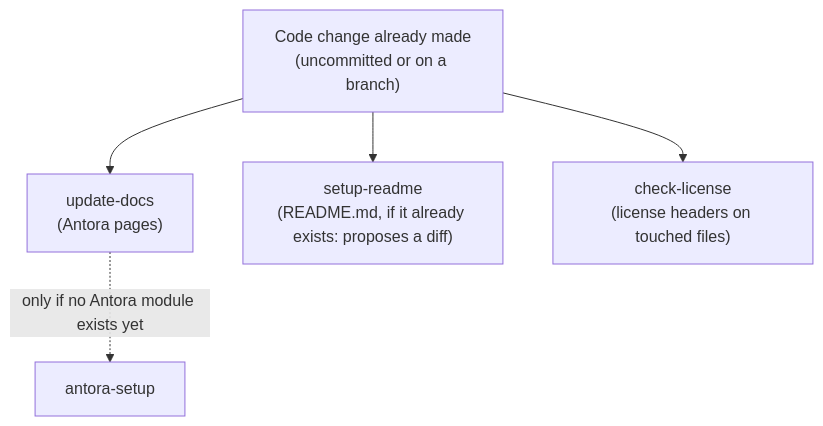
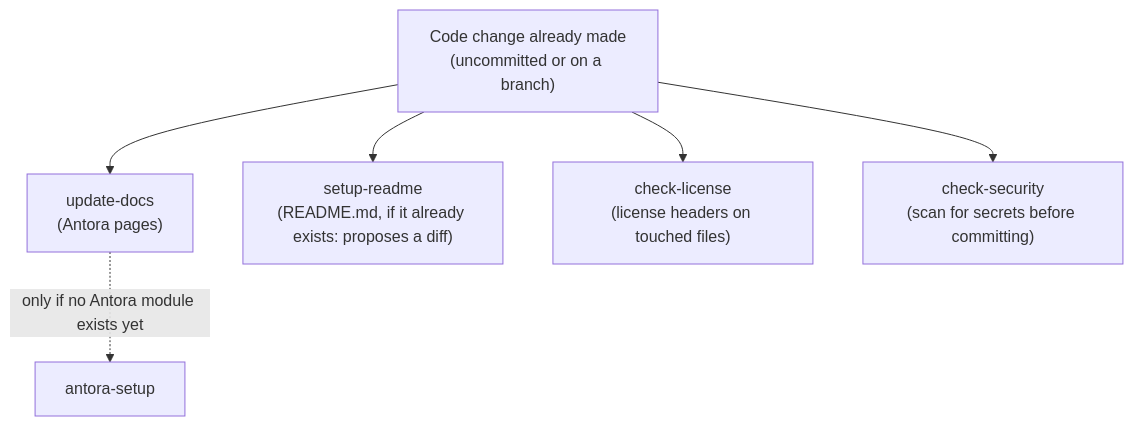
One commit to albertoirurueta/ai-catalog changed the sixth of 7 diagrams in docs/modules/ROOT/pages/index.adoc. Above: the diagram before and after it, drawn with Mermaid. The commit also changed other lines of this file and 23 other files, not shown here.

```diff
--- a/docs/modules/ROOT/pages/index.adoc
+++ b/docs/modules/ROOT/pages/index.adoc
@@ -495,8 +651,9 @@
 [mermaid]
 ....
 flowchart TD
     Code["Code change already made\n(uncommitted or on a branch)"] --> UD["update-docs\n(Antora pages)"]
     Code --> RM["setup-readme\n(README.md, if it already exists: proposes a diff)"]
     Code --> CLI["check-license\n(license headers on touched files)"]
+    Code --> CSEC["check-security\n(scan for secrets before committing)"]
     UD -.->|only if no Antora module exists yet| AS["antora-setup"]
 ....
```
